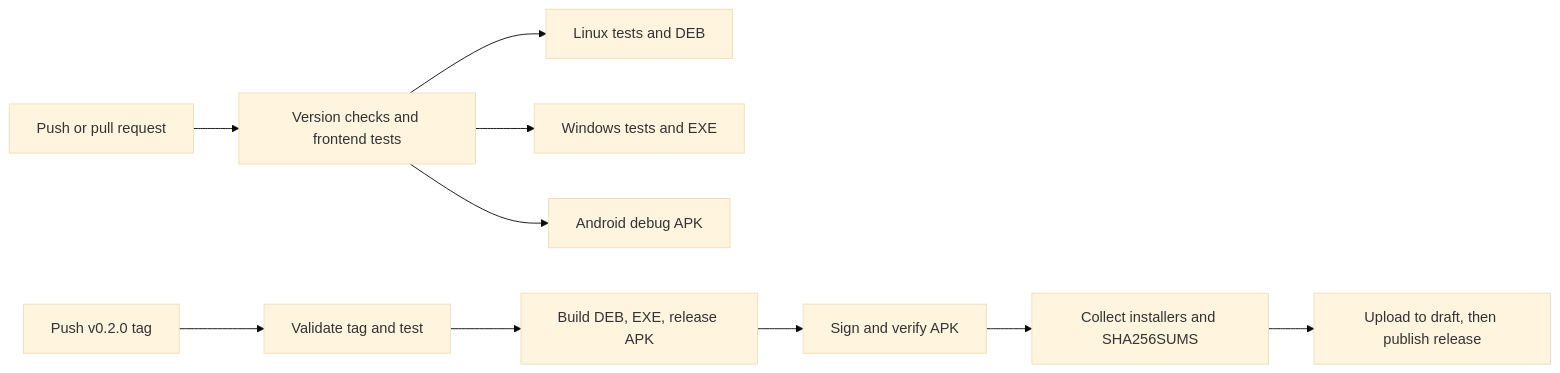
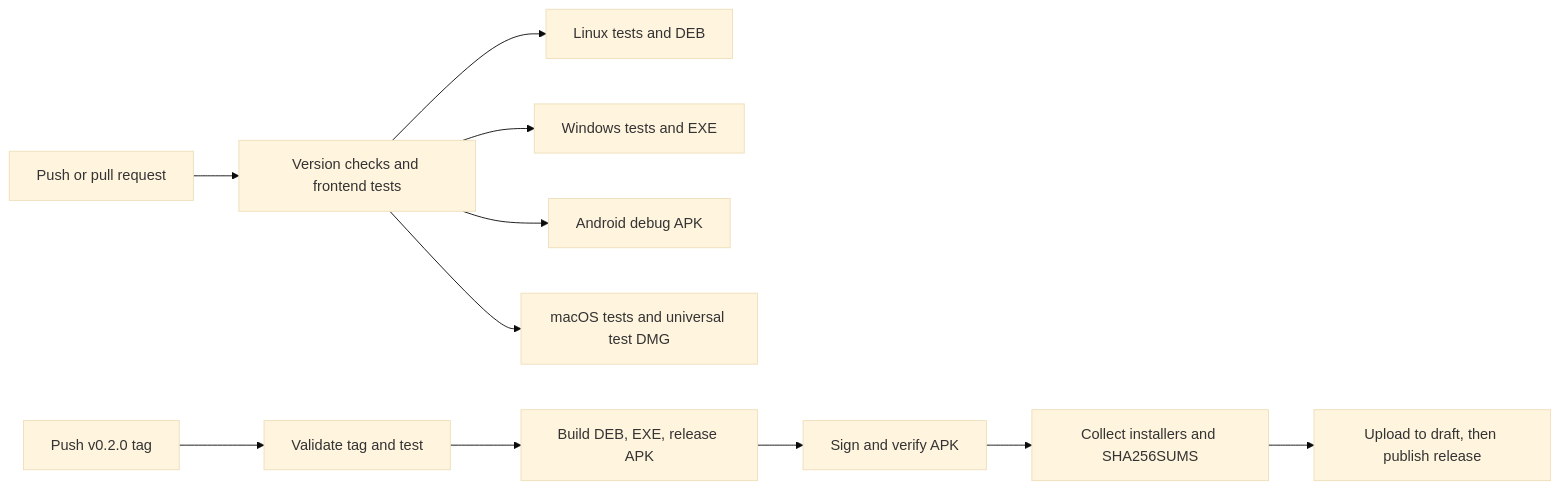
Before and after one commit to shahabbai/PulseDrop: the diagram in docs/github-releases.md, drawn with Mermaid (base theme). The commit also changed other lines of this file and 3 other files, not shown here.

Commit message:
Add universal macOS test build to CI

````diff
--- a/docs/github-releases.md
+++ b/docs/github-releases.md
@@ -7,12 +7,13 @@
 ```mermaid
 flowchart LR
     A[Push or pull request] --> B[Version checks and frontend tests]
     B --> C[Linux tests and DEB]
     B --> D[Windows tests and EXE]
     B --> E[Android debug APK]
+    B --> M[macOS tests and universal test DMG]
     F[Push v0.2.0 tag] --> G[Validate tag and test]
     G --> H[Build DEB, EXE, release APK]
     H --> I[Sign and verify APK]
     I --> J[Collect installers and SHA256SUMS]
     J --> K[Upload to draft, then publish release]
 ```
````
